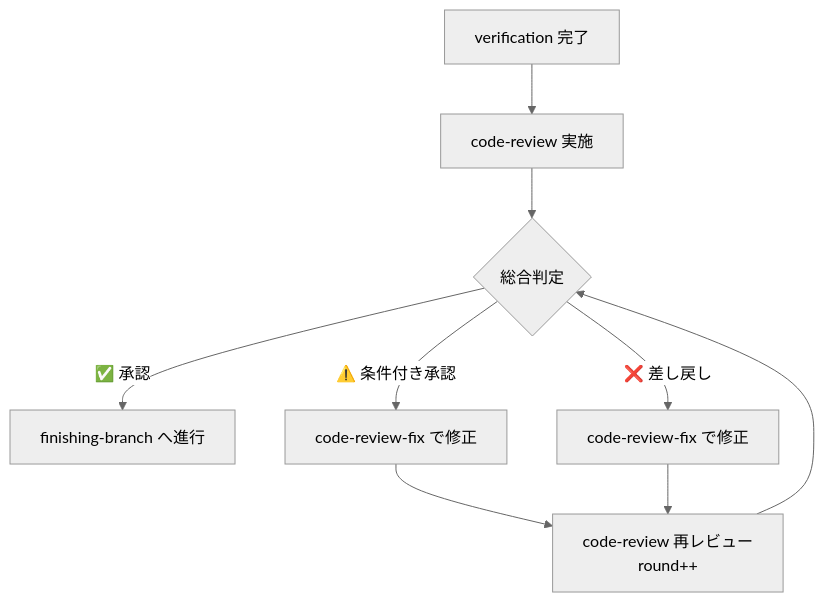
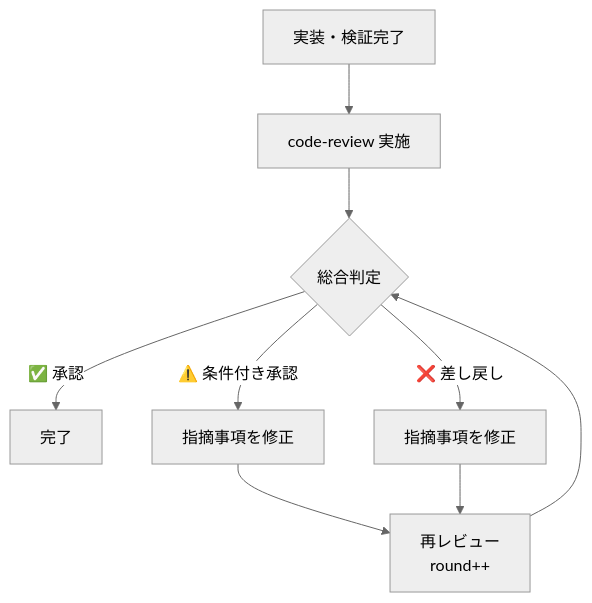
Before and after one commit to NagasakaH/dev-process: the first of 2 diagrams in .claude/skills/code-review/SKILL.md, drawn with Mermaid (neutral theme). The commit also changed other lines of this file and 30 other files, not shown here.

````diff
--- a/.claude/skills/code-review/SKILL.md
+++ b/.claude/skills/code-review/SKILL.md
@@ -40,11 +31,11 @@
 ```mermaid
 flowchart TD
-    A[verification 完了] --> B[code-review 実施]
+    A[実装・検証完了] --> B[code-review 実施]
     B --> C{総合判定}
-    C -->|✅ 承認| D[finishing-branch へ進行]
-    C -->|⚠️ 条件付き承認| E[code-review-fix で修正]
-    C -->|❌ 差し戻し| F[code-review-fix で修正]
-    E --> G[code-review 再レビュー\nround++]
+    C -->|✅ 承認| D[完了]
+    C -->|⚠️ 条件付き承認| E[指摘事項を修正]
+    C -->|❌ 差し戻し| F[指摘事項を修正]
+    E --> G[再レビュー\nround++]
     F --> G
     G --> C
 ```
````
